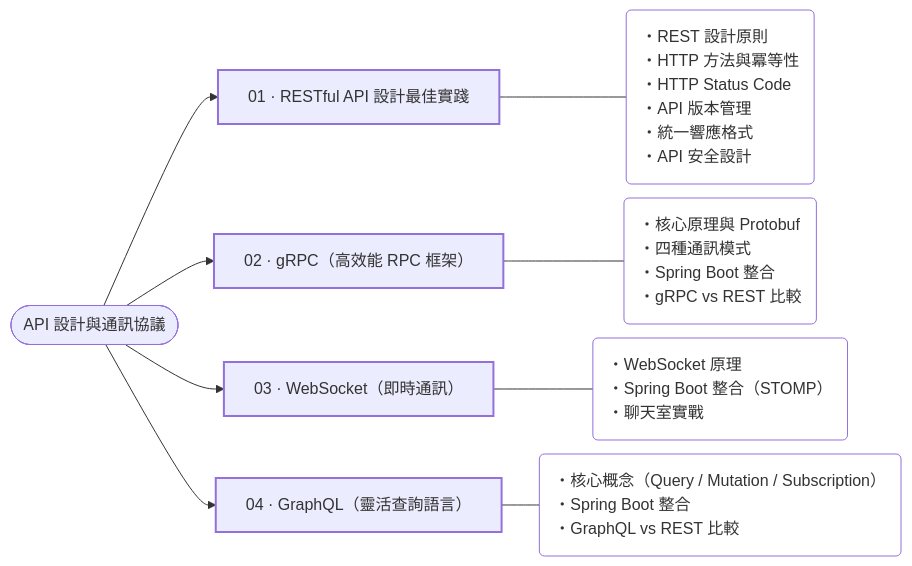
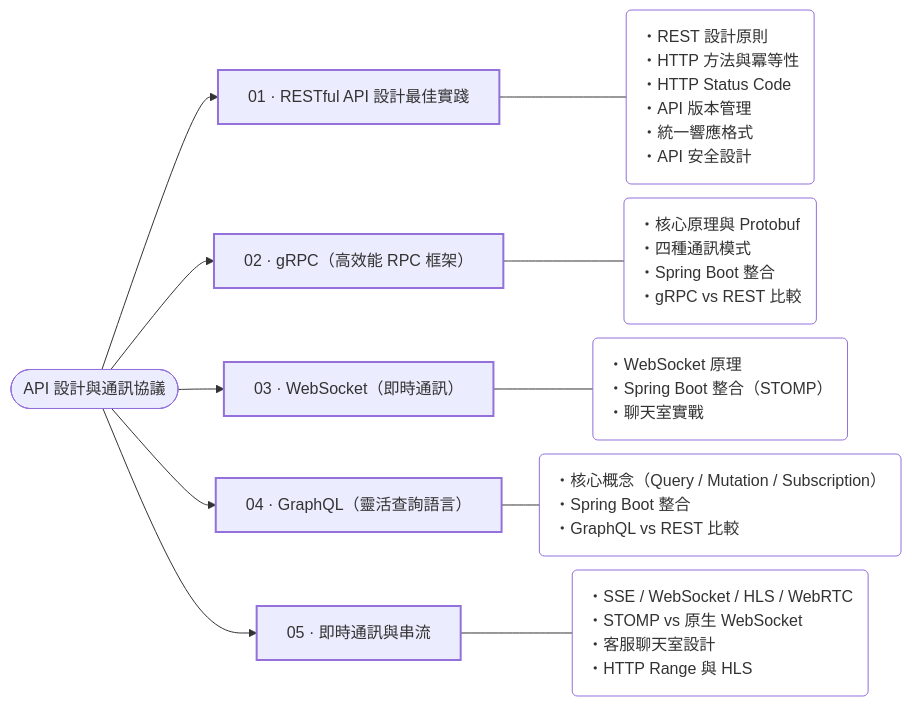
One commit to AnthonyFuFu/StudyNotes changed the diagram in docs/architecture/api-design/index.md. Above: the diagram before and after it, drawn with Mermaid. The commit also changed other lines of this file and 69 other files, not shown here.

````diff
--- a/docs/architecture/api-design/index.md
+++ b/docs/architecture/api-design/index.md
@@ -13,25 +13,29 @@
 ``` mermaid
 %%{init: {"flowchart": {"nodeSpacing": 14, "rankSpacing": 36, "wrappingWidth": 420}}}%%
 flowchart LR
     R(["API 設計與通訊協議"])
     c0["01 · RESTful API 設計最佳實踐"]
     R --> c0
     p0("・REST 設計原則<br>・HTTP 方法與冪等性<br>・HTTP Status Code<br>・API 版本管理<br>・統一響應格式<br>・API 安全設計")
     c0 --- p0
     c1["02 · gRPC（高效能 RPC 框架）"]
     R --> c1
     p1("・核心原理與 Protobuf<br>・四種通訊模式<br>・Spring Boot 整合<br>・gRPC vs REST 比較")
     c1 --- p1
     c2["03 · WebSocket（即時通訊）"]
     R --> c2
     p2("・WebSocket 原理<br>・Spring Boot 整合（STOMP）<br>・聊天室實戰")
     c2 --- p2
     c3["04 · GraphQL（靈活查詢語言）"]
     R --> c3
     p3("・核心概念（Query / Mutation / Subscription）<br>・Spring Boot 整合<br>・GraphQL vs REST 比較")
     c3 --- p3
+    c4["05 · 即時通訊與串流"]
+    R --> c4
+    p4("・SSE / WebSocket / HLS / WebRTC<br>・STOMP vs 原生 WebSocket<br>・客服聊天室設計<br>・HTTP Range 與 HLS")
+    c4 --- p4
     classDef chapter stroke-width:2px
     classDef points fill:transparent,text-align:left
-    class c0,c1,c2,c3 chapter
-    class p0,p1,p2,p3 points
+    class c0,c1,c2,c3,c4 chapter
+    class p0,p1,p2,p3,p4 points
 ```
````
